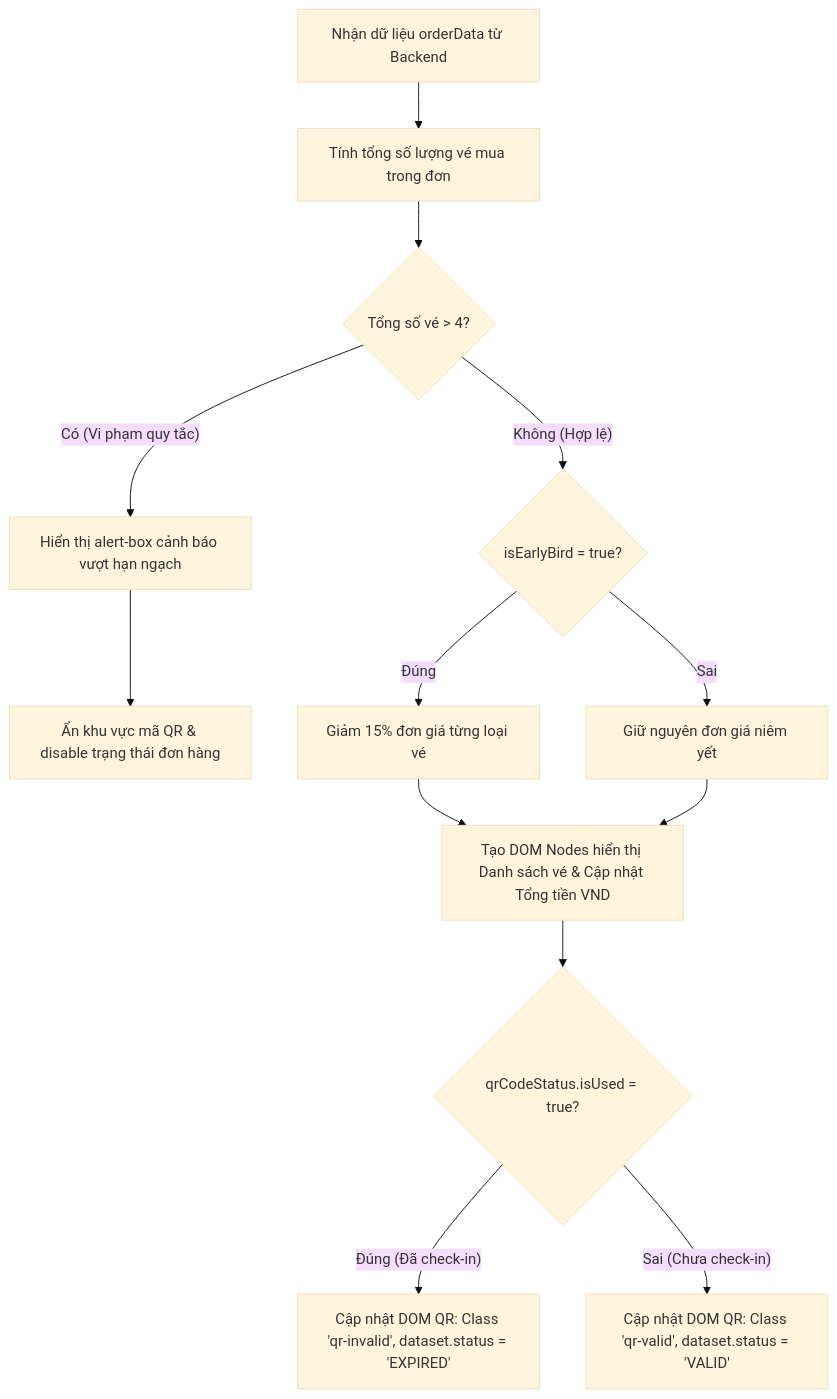
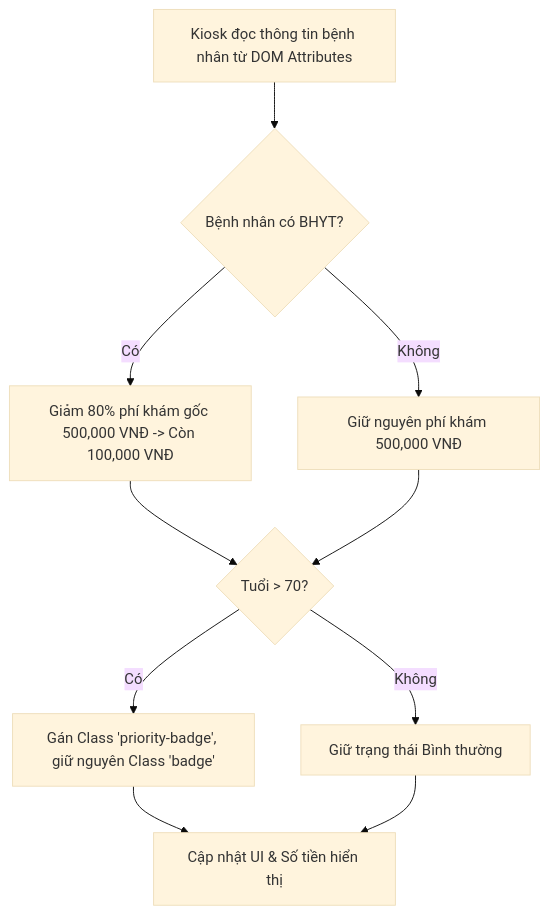
Before and after one commit to ngoquy12/learning_material: the diagram in output/pms/Phát_triển_ứng_dụng_web/Session 17 - Tương tác DOM API (Document Object Model)- Truy xuất và Thay đổi Nội dung/Bài tập/bai_03/de_bai.md, drawn with Mermaid (base theme). The commit also changed other lines of this file and 51 other files, not shown here.

Commit message:
feat(homework): implement 15-exercise Bloom suite, in-class synthesis and mindmap exercises

````diff
--- a/output/pms/Phát_triển_ứng_dụng_web/Session 17 - Tương tác DOM API (Document Object Model)- Truy xuất và Thay đổi Nội dung/Bài tập/bai_03/de_bai.md
+++ b/output/pms/Phát_triển_ứng_dụng_web/Session 17 - Tương tác DOM API (Document Object Model)- Truy xuất và Thay đổi Nội dung/Bài tập/bai_03/de_bai.md
@@ -19,15 +17,12 @@
 ```mermaid
 graph TD
-    A[Nhận dữ liệu orderData từ Backend] --> B[Tính tổng số lượng vé mua trong đơn]
-    B --> C{Tổng số vé > 4?}
-    C -- Có (Vi phạm quy tắc) --> D[Hiển thị alert-box cảnh báo vượt hạn ngạch]
-    D --> E[Ẩn khu vực mã QR & disable trạng thái đơn hàng]
-    C -- Không (Hợp lệ) --> F{isEarlyBird = true?}
-    F -- Đúng --> G[Giảm 15% đơn giá từng loại vé]
-    F -- Sai --> H[Giữ nguyên đơn giá niêm yết]
-    G --> I[Tạo DOM Nodes hiển thị Danh sách vé & Cập nhật Tổng tiền VND]
-    H --> I
-    I --> J{qrCodeStatus.isUsed = true?}
-    J -- Đúng (Đã check-in) --> K[Cập nhật DOM QR: Class 'qr-invalid', dataset.status = 'EXPIRED']
-    J -- Sai (Chưa check-in) --> L[Cập nhật DOM QR: Class 'qr-valid', dataset.status = 'VALID']
+    A[Kiosk đọc thông tin bệnh nhân từ DOM Attributes] --> B{Bệnh nhân có BHYT?}
+    B -- Có --> C[Giảm 80% phí khám gốc 500,000 VNĐ -> Còn 100,000 VNĐ]
+    B -- Không --> D[Giữ nguyên phí khám 500,000 VNĐ]
+    C --> E{Tuổi > 70?}
+    D --> E
+    E -- Có --> F[Gán Class 'priority-badge', giữ nguyên Class 'badge']
+    E -- Không --> G[Giữ trạng thái Bình thường]
+    F --> H[Cập nhật UI & Số tiền hiển thị]
+    G --> H
 ```
````
